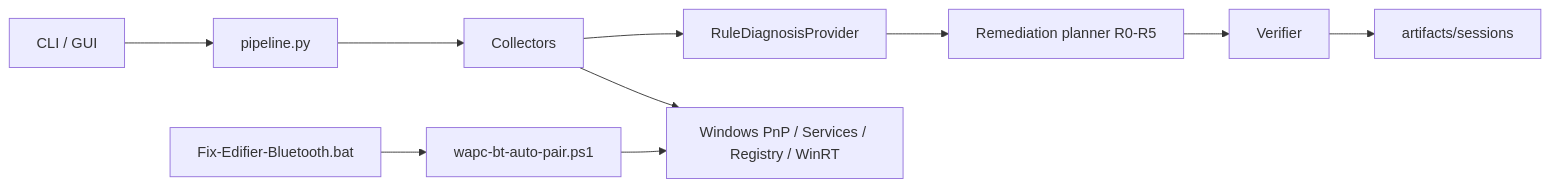
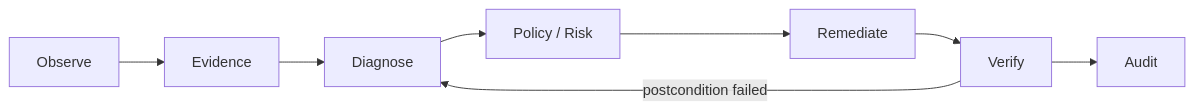
The diagram in README.md (Kozphy/windows-audio-path-checker), drawn with Mermaid before and after one commit. The commit also changed other lines of this file, not shown here.

Commit message:
docs: position project as evidence-driven reliability flagship

````diff
--- a/README.md
+++ b/README.md
@@ -120,12 +86,10 @@
 ```mermaid
 flowchart LR
-  CLI[CLI / GUI] --> Pipe[pipeline.py]
-  BAT[Fix-Edifier-Bluetooth.bat] --> PS[wapc-bt-auto-pair.ps1]
-  Pipe --> Coll[Collectors]
-  Coll --> Rules[RuleDiagnosisProvider]
-  Rules --> Plan[Remediation planner R0-R5]
-  Plan --> Vfy[Verifier]
-  Vfy --> Art[artifacts/sessions]
-  PS --> Win[Windows PnP / Services / Registry / WinRT]
-  Coll --> Win
+    O[Observe] --> E[Evidence]
+    E --> D[Diagnose]
+    D --> P[Policy / Risk]
+    P --> R[Remediate]
+    R --> V[Verify]
+    V --> A[Audit]
+    V -->|postcondition failed| D
 ```
````
